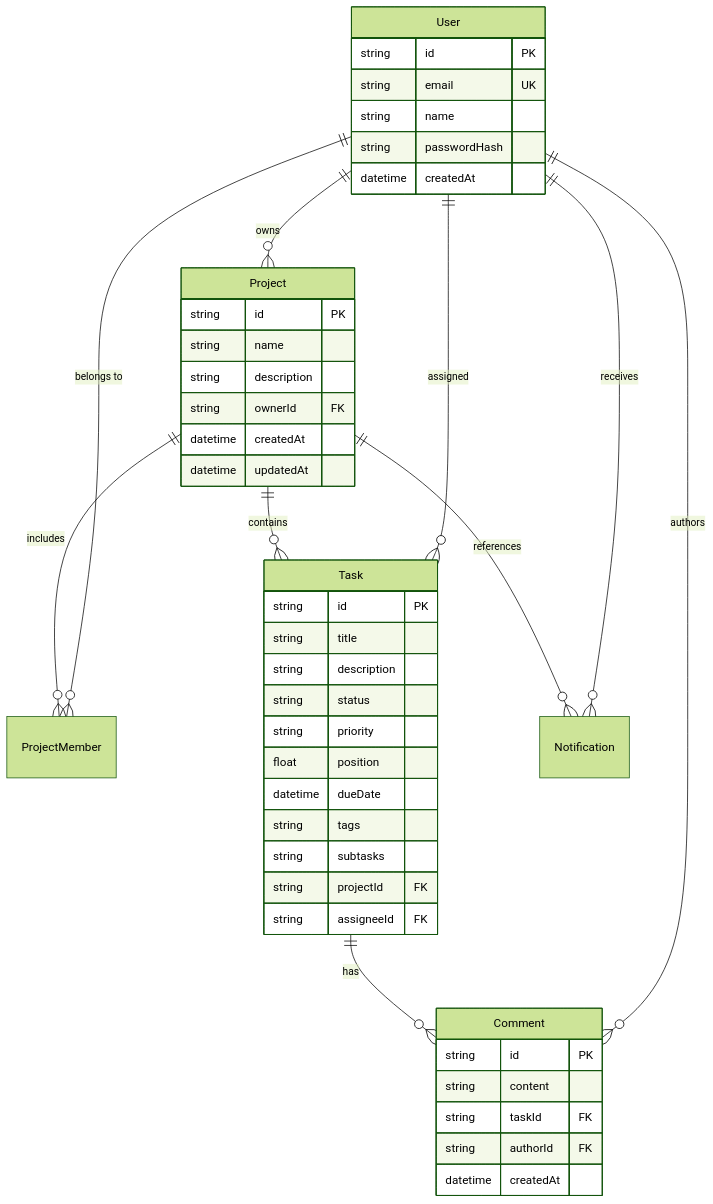
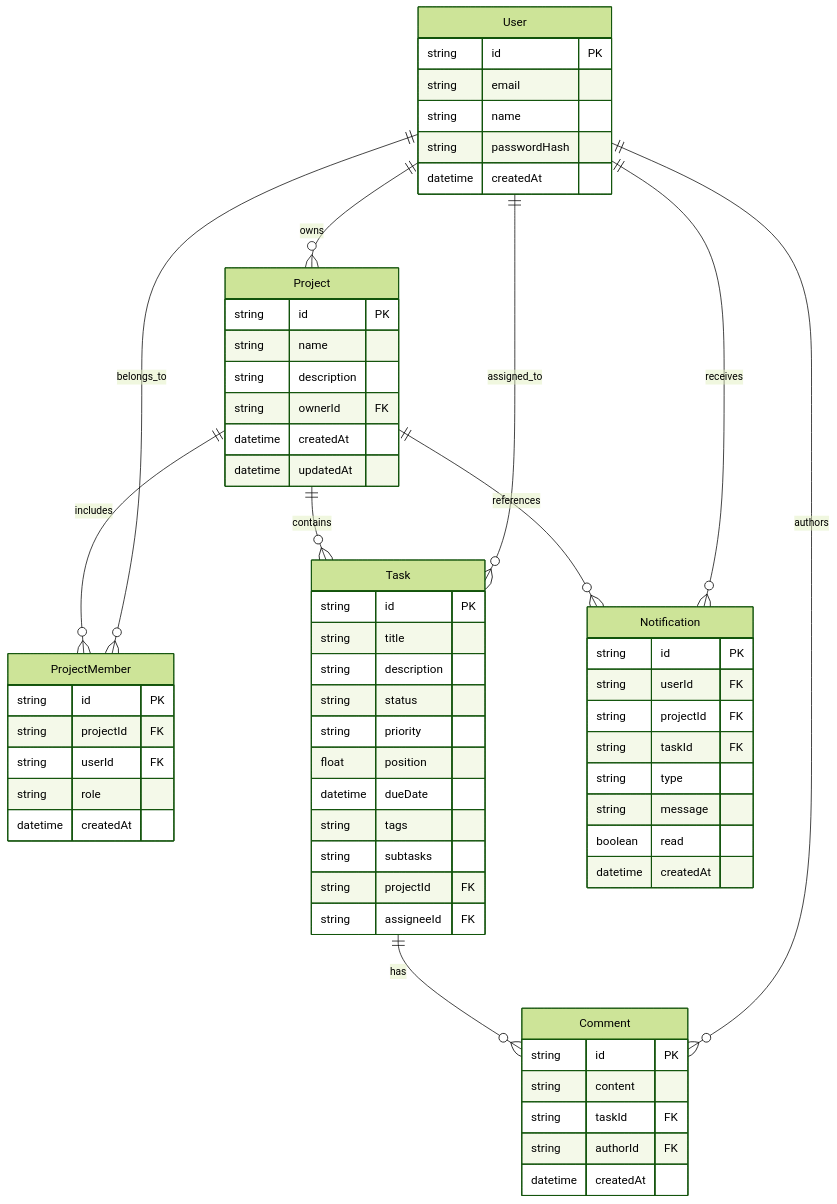
One commit to Kishaan1/project-management-tool changed the third of 3 diagrams in README.md. Above: the diagram before and after it, drawn with Mermaid (forest theme). The commit also changed other lines of this file and 5 other files, not shown here.

````diff
--- a/README.md
+++ b/README.md
@@ -195,53 +195,72 @@
 ```mermaid
 erDiagram
-    User ||--o{ Project : "owns"
-    User ||--o{ ProjectMember : "belongs to"
-    User ||--o{ Task : "assigned"
-    User ||--o{ Comment : "authors"
-    User ||--o{ Notification : "receives"
+    User ||--o{ Project : owns
+    User ||--o{ ProjectMember : belongs_to
+    User ||--o{ Task : assigned_to
+    User ||--o{ Comment : authors
+    User ||--o{ Notification : receives
 
-    Project ||--o{ ProjectMember : "includes"
-    Project ||--o{ Task : "contains"
-    Project ||--o{ Notification : "references"
+    Project ||--o{ ProjectMember : includes
+    Project ||--o{ Task : contains
+    Project ||--o{ Notification : references
 
-    Task ||--o{ Comment : "has"
+    Task ||--o{ Comment : has
 
     User {
         string id PK
-        string email UK
+        string email
         string name
         string passwordHash
         datetime createdAt
     }
 
     Project {
         string id PK
         string name
         string description
         string ownerId FK
         datetime createdAt
         datetime updatedAt
+    }
+
+    ProjectMember {
+        string id PK
+        string projectId FK
+        string userId FK
+        string role
+        datetime createdAt
     }
 
     Task {
         string id PK
         string title
         string description
         string status
         string priority
         float position
         datetime dueDate
         string tags
         string subtasks
         string projectId FK
         string assigneeId FK
     }
 
     Comment {
         string id PK
         string content
         string taskId FK
         string authorId FK
         datetime createdAt
     }
+
+    Notification {
+        string id PK
+        string userId FK
+        string projectId FK
+        string taskId FK
+        string type
+        string message
+        boolean read
+        datetime createdAt
+    }
 ```
````
